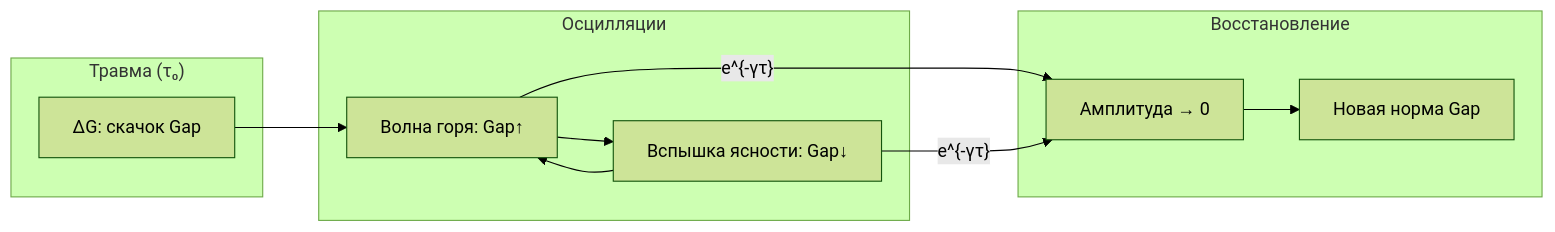
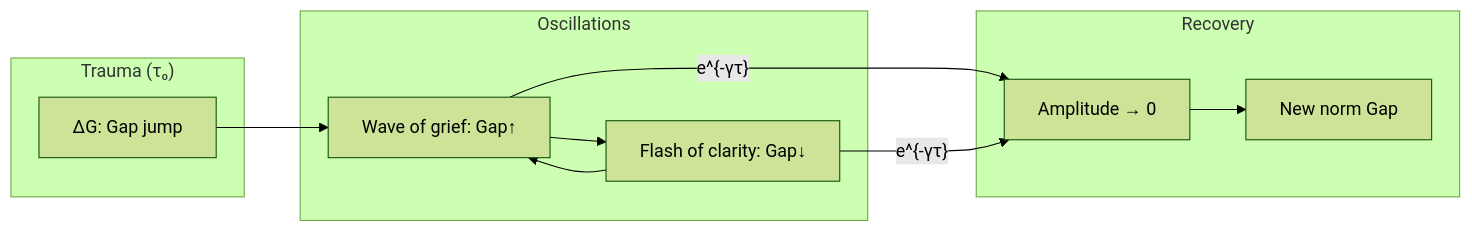
One commit to uhm-theory/holon changed the diagram in website/docs/applied/coherence-cybernetics/non-markovian.md. Above: the diagram before and after it, drawn with Mermaid (forest theme). The commit also changed other lines of this file and 28 other files, not shown here.

````diff
--- a/website/docs/applied/coherence-cybernetics/non-markovian.md
+++ b/website/docs/applied/coherence-cybernetics/non-markovian.md
@@ -388,21 +388,21 @@
 ```mermaid
 graph LR
-    subgraph TRAUMA["Травма (τ₀)"]
-        T["ΔG: скачок Gap"]
+    subgraph TRAUMA["Trauma (τ₀)"]
+        T["ΔG: Gap jump"]
     end
-    subgraph OSC["Осцилляции"]
-        W["Волна горя: Gap↑"]
-        C["Вспышка ясности: Gap↓"]
+    subgraph OSC["Oscillations"]
+        W["Wave of grief: Gap↑"]
+        C["Flash of clarity: Gap↓"]
     end
-    subgraph REC["Восстановление"]
-        A["Амплитуда → 0"]
-        N["Новая норма Gap"]
+    subgraph REC["Recovery"]
+        A["Amplitude → 0"]
+        N["New norm Gap"]
     end
 
     T --> W
     W --> C
     C --> W
     W --> |"e^{-γτ}"| A
     C --> |"e^{-γτ}"| A
     A --> N
 ```
````
